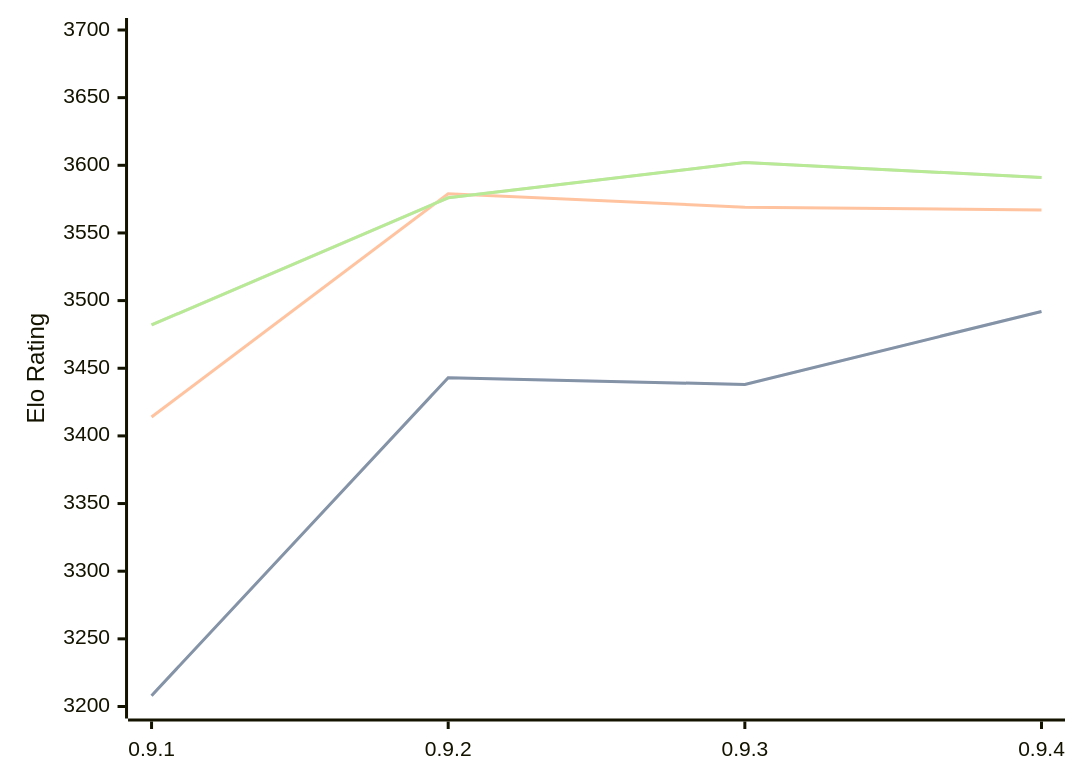
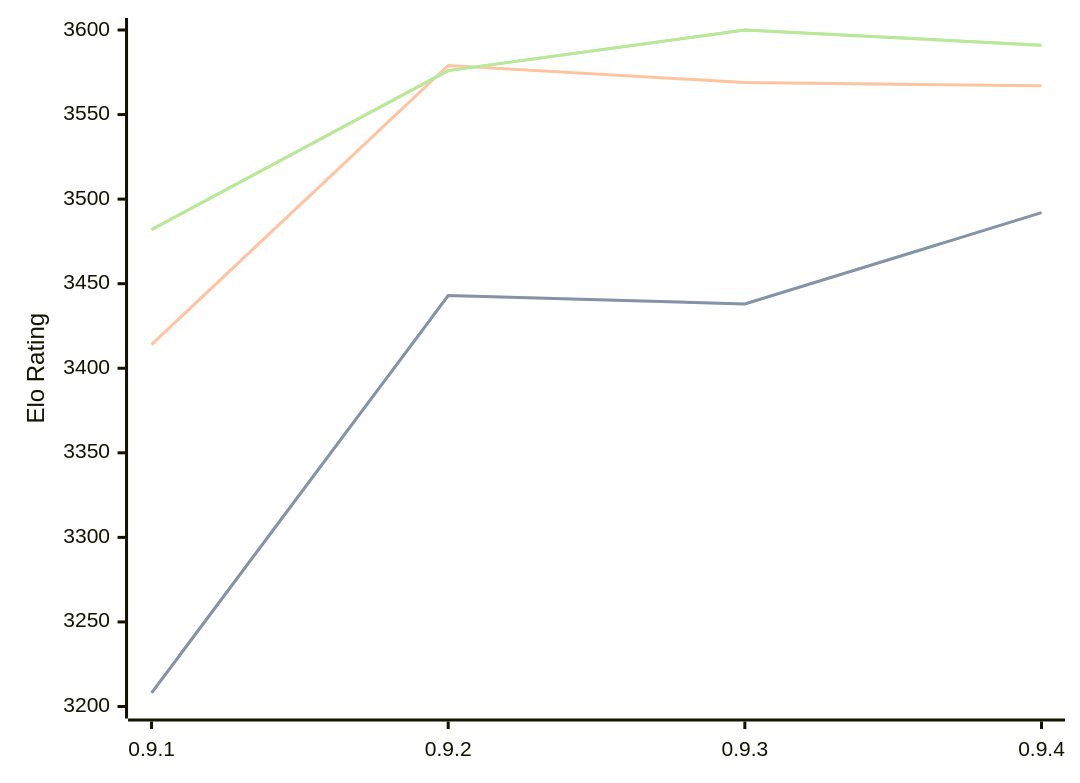
The diagram in engines/Coda.md (computer-chess-index/cci), drawn with Mermaid before and after one commit. The commit also changed other lines of this file, not shown here.

Commit message:
Update CCI Ratings (ELO VLTC) - 2026-10-07

````diff
--- a/engines/Coda.md
+++ b/engines/Coda.md
@@ -34,11 +34,11 @@
 ```mermaid
 %%{init: {"theme":"base","themeVariables":{"seriesColors:['#a3a3a3','#222221','#faa371']}}}%%
 xychart-beta
   x-axis ["0.9.1", "0.9.2", "0.9.3", "0.9.4"]
-  y-axis "Elo Rating" 3200 --> 3700
+  y-axis "Elo Rating" 3200 --> 3600
   line "" [3208, 3443, 3438, 3492]
   line "STC (8.0+0.08s)" [3208, 3443, 3438, 3492]
   line "LTC (60.0+0.60s)" [3414, 3579, 3569, 3567]
-  line "" [3482, 3576, 3602, 3591]
-  line "VLTC (2m24s+1.12s)" [3482, 3576, 3602, 3591]
+  line "" [3482, 3576, 3600, 3591]
+  line "VLTC (2m24s+1.12s)" [3482, 3576, 3600, 3591]
 ```
````
